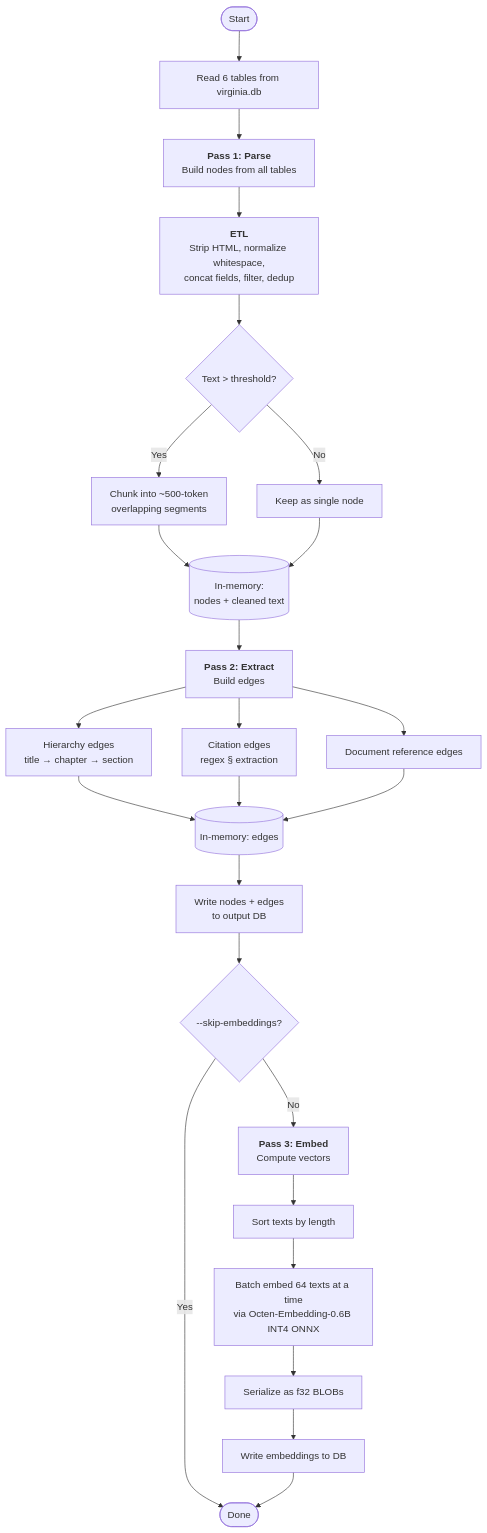
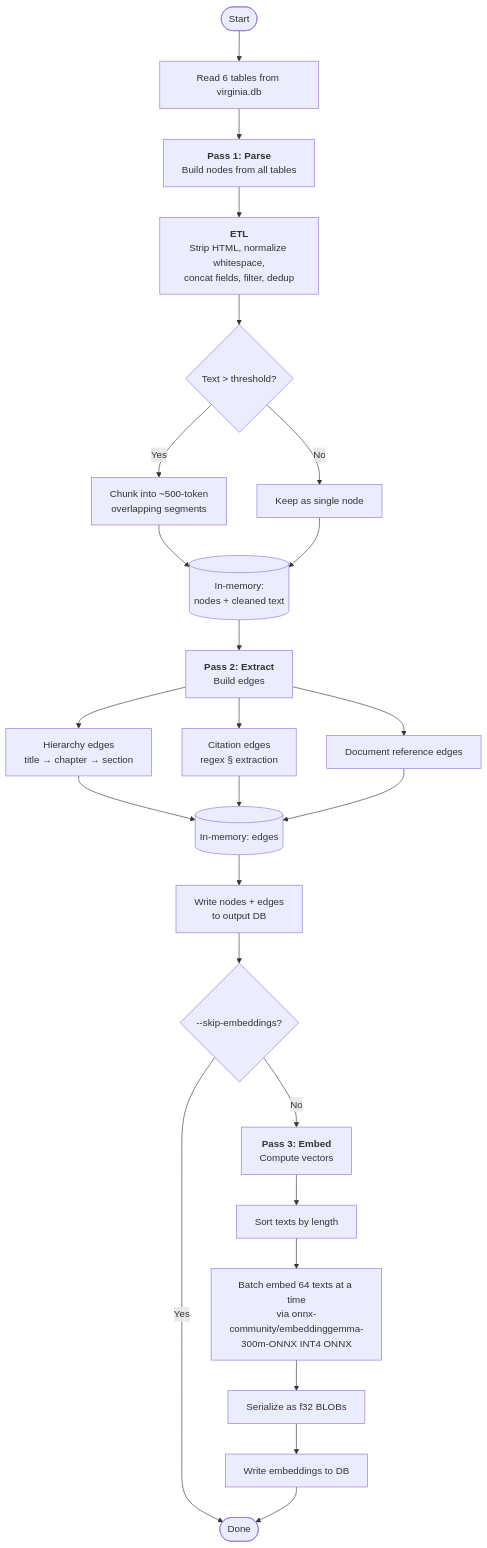
Before and after one commit to geoffsee/proseva: the third of 8 diagrams in packages/embeddings/README.md, drawn with Mermaid. The commit also changed other lines of this file and 52 other files, not shown here.

Commit message:
Remove embedding benchmark tool and associated artifacts, including ONNX model, tokenizer, and SQLite DB

````diff
--- a/packages/embeddings/README.md
+++ b/packages/embeddings/README.md
@@ -104,31 +104,31 @@
 ```mermaid
 flowchart TD
     START([Start]) --> READ[Read 6 tables from virginia.db]
 
     READ --> PASS1["<b>Pass 1: Parse</b><br/>Build nodes from all tables"]
     PASS1 --> ETL["<b>ETL</b><br/>Strip HTML, normalize whitespace,<br/>concat fields, filter, dedup"]
     ETL --> CHUNK{Text > threshold?}
     CHUNK -->|Yes| SPLIT[Chunk into ~500-token<br/>overlapping segments]
     CHUNK -->|No| SINGLE[Keep as single node]
     SPLIT --> NODES[(In-memory:<br/>nodes + cleaned text)]
     SINGLE --> NODES
 
     NODES --> PASS2["<b>Pass 2: Extract</b><br/>Build edges"]
     PASS2 --> HIER[Hierarchy edges<br/>title → chapter → section]
     PASS2 --> CITE[Citation edges<br/>regex § extraction]
     PASS2 --> DOCREF[Document reference edges]
     HIER --> EDGES[(In-memory: edges)]
     CITE --> EDGES
     DOCREF --> EDGES
 
     EDGES --> WRITE[Write nodes + edges<br/>to output DB]
 
     WRITE --> SKIP{--skip-embeddings?}
     SKIP -->|Yes| DONE([Done])
     SKIP -->|No| PASS3["<b>Pass 3: Embed</b><br/>Compute vectors"]
     PASS3 --> SORT[Sort texts by length]
-    SORT --> BATCH[Batch embed 64 texts at a time<br/>via Octen-Embedding-0.6B INT4 ONNX]
+    SORT --> BATCH[Batch embed 64 texts at a time<br/>via onnx-community/embeddinggemma-300m-ONNX INT4 ONNX]
     BATCH --> BLOB[Serialize as f32 BLOBs]
     BLOB --> WEMBED[Write embeddings to DB]
     WEMBED --> DONE
 ```
````
